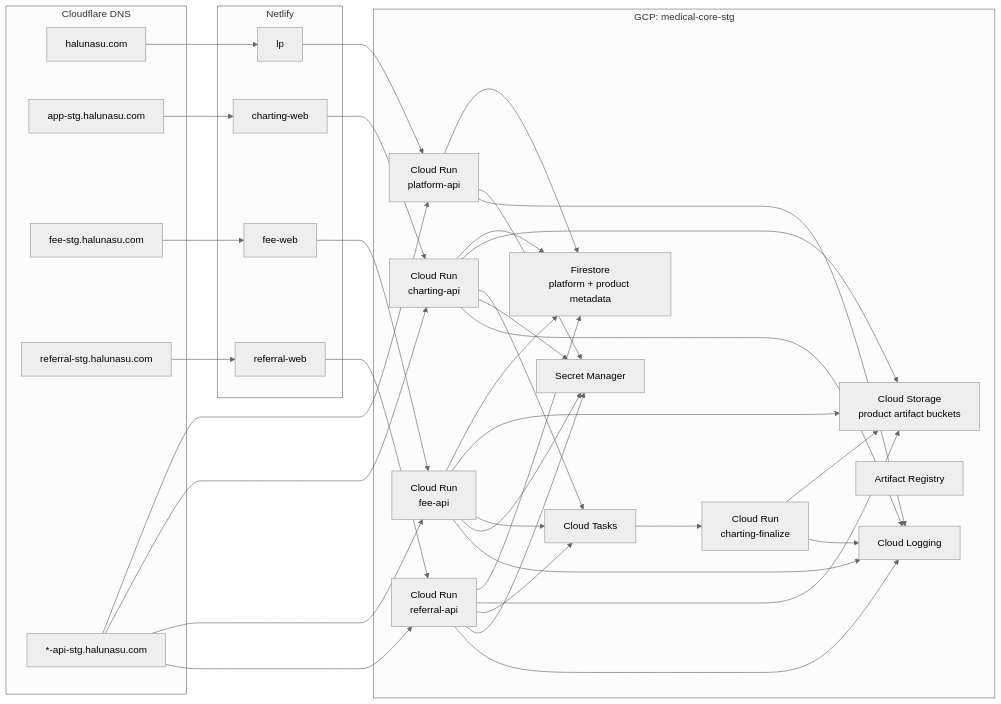
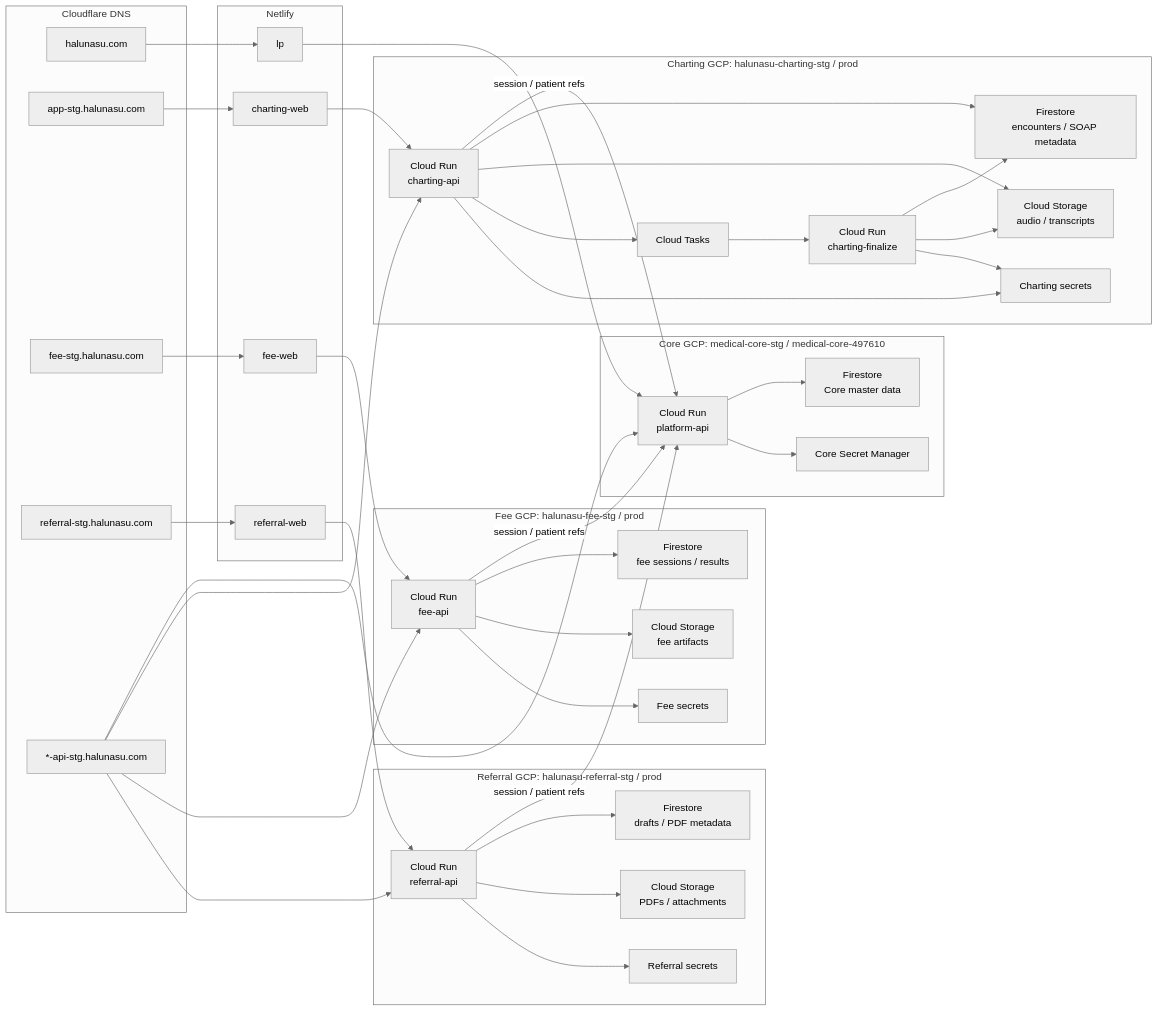
The fifth of 12 diagrams in docs/architecture/001-asis-tobe-architecture.md (k-hirade/halunasu), drawn with Mermaid (neutral theme) before and after one commit. The commit also changed other lines of this file and 9 other files, not shown here.

Commit message:
Rebuild product GCP project split

````diff
--- a/docs/architecture/001-asis-tobe-architecture.md
+++ b/docs/architecture/001-asis-tobe-architecture.md
@@ -224,18 +225,33 @@
     NRW["referral-web"]
   end
 
-  subgraph GCPStg["GCP: medical-core-stg"]
+  subgraph CoreGCP["Core GCP: medical-core-stg / medical-core-497610"]
     CPA["Cloud Run<br/>platform-api"]
+    FS["Firestore<br/>Core master data"]
+    SEC["Core Secret Manager"]
+  end
+
+  subgraph ChartingGCP["Charting GCP: halunasu-charting-stg / prod"]
     CCA["Cloud Run<br/>charting-api"]
     CCF["Cloud Run<br/>charting-finalize"]
+    CT["Cloud Tasks"]
+    CFS["Firestore<br/>encounters / SOAP metadata"]
+    CGCS["Cloud Storage<br/>audio / transcripts"]
+    CSEC["Charting secrets"]
+  end
+
+  subgraph FeeGCP["Fee GCP: halunasu-fee-stg / prod"]
     CFA["Cloud Run<br/>fee-api"]
+    FFS["Firestore<br/>fee sessions / results"]
+    FGCS["Cloud Storage<br/>fee artifacts"]
+    FSEC["Fee secrets"]
+  end
+
+  subgraph ReferralGCP["Referral GCP: halunasu-referral-stg / prod"]
     CRA["Cloud Run<br/>referral-api"]
-    CT["Cloud Tasks"]
-    FS["Firestore<br/>platform + product metadata"]
-    GCS["Cloud Storage<br/>product artifact buckets"]
-    SEC["Secret Manager"]
-    AR["Artifact Registry"]
-    LOG["Cloud Logging"]
+    RFS["Firestore<br/>drafts / PDF metadata"]
+    RGCS["Cloud Storage<br/>PDFs / attachments"]
+    RSEC["Referral secrets"]
   end
 
   D1 --> NLP
@@ -253,27 +269,26 @@
   NRW --> CRA
 
   CPA --> FS
-  CCA --> FS
-  CFA --> FS
-  CRA --> FS
+  CCA -->|"session / patient refs"| CPA
+  CFA -->|"session / patient refs"| CPA
+  CRA -->|"session / patient refs"| CPA
 
-  CCA --> GCS
-  CCF --> GCS
-  CFA --> GCS
-  CRA --> GCS
+  CCA --> CFS
+  CCF --> CFS
+  CFA --> FFS
+  CRA --> RFS
+
+  CCA --> CGCS
+  CCF --> CGCS
+  CFA --> FGCS
+  CRA --> RGCS
 
   CCA --> CT
-  CFA --> CT
-  CRA --> CT
   CT --> CCF
 
   CPA --> SEC
-  CCA --> SEC
-  CFA --> SEC
-  CRA --> SEC
-  CPA --> LOG
-  CCA --> LOG
-  CCF --> LOG
-  CFA --> LOG
-  CRA --> LOG
+  CCA --> CSEC
+  CCF --> CSEC
+  CFA --> FSEC
+  CRA --> RSEC
 ```
````
